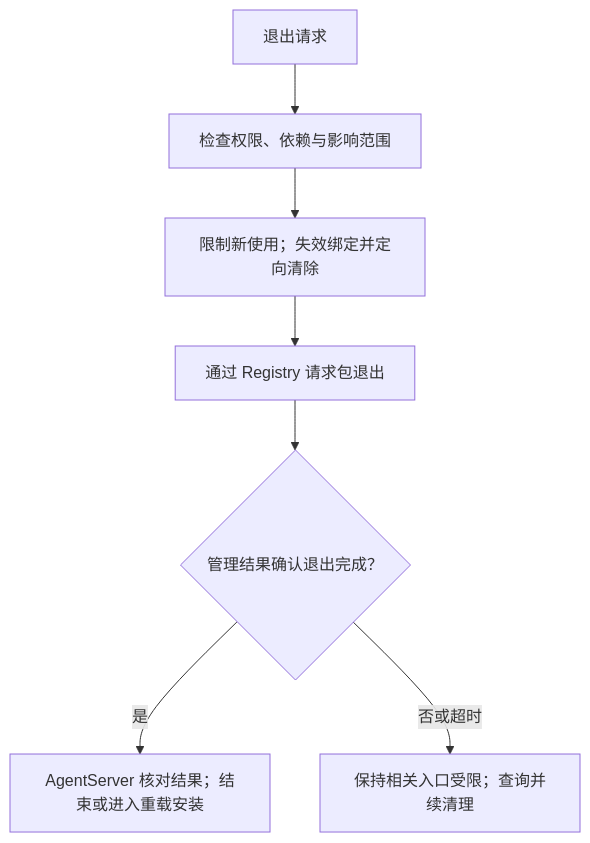
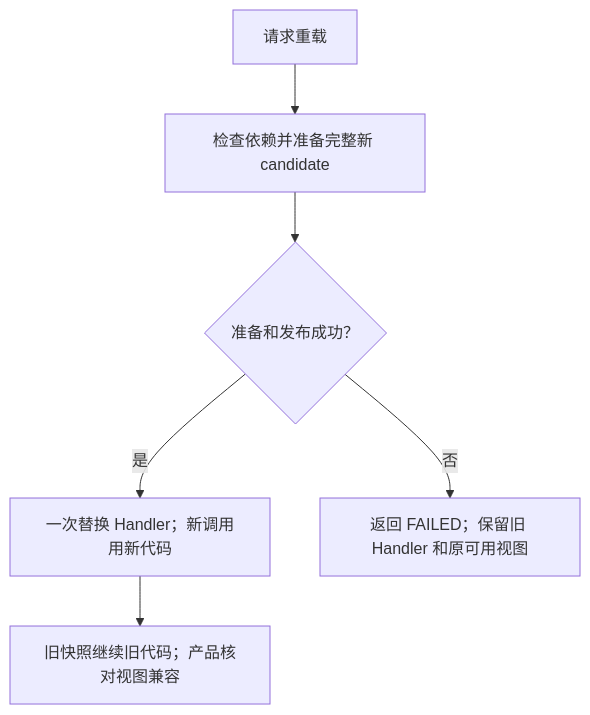
Before and after one commit to openJiuwen-ai/jiuwenswarm: the tenth of 12 diagrams in jiuwenswarm/extensions_v2/docs/designs/extensions-v2-architecture.md, drawn with Mermaid. The commit also changed other lines of this file and 4 other files, not shown here.

````diff
--- a/jiuwenswarm/extensions_v2/docs/designs/extensions-v2-architecture.md
+++ b/jiuwenswarm/extensions_v2/docs/designs/extensions-v2-architecture.md
@@ -1031,9 +1038,8 @@
 ```mermaid
 flowchart TB
-    R["退出请求"] --> A["检查权限、依赖与影响范围"]
-    A --> Q["限制新使用；失效绑定并定向清除"]
-    Q --> U["通过 Registry 请求包退出"]
-    U --> C{"管理结果确认退出完成？"}
-    C -->|是| D["AgentServer 核对结果；结束或进入重载安装"]
-    C -->|否或超时| P["保持相关入口受限；查询并续清理"]
+    R["请求重载"] --> P["检查依赖并准备完整新 candidate"]
+    P --> C{"准备和发布成功？"}
+    C -->|是| N["一次替换 Handler；新调用用新代码"]
+    C -->|否| O["返回 FAILED；保留旧 Handler 和原可用视图"]
+    N --> V["旧快照继续旧代码；产品核对视图兼容"]
 ```
````
